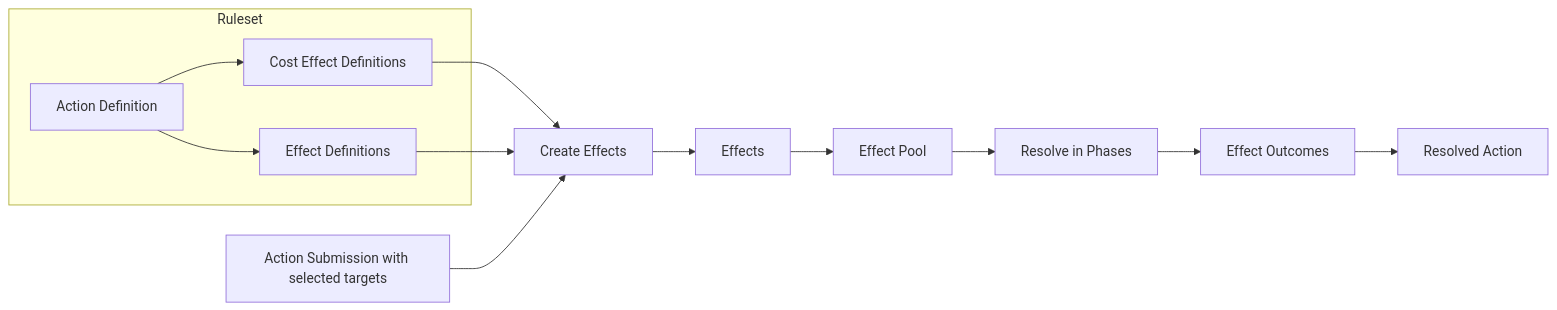
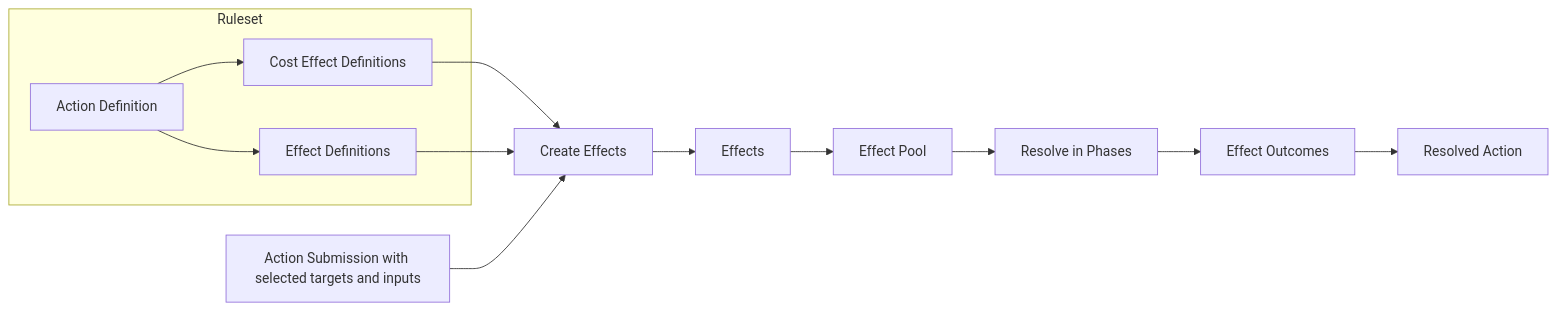
One commit to Guillaume-Docquier/text-based-browser-game-1 changed the diagram in docs/architecture/turn-resolution.md. Above: the diagram before and after it, drawn with Mermaid. The commit also changed other lines of this file and 129 other files, not shown here.

````diff
--- a/docs/architecture/turn-resolution.md
+++ b/docs/architecture/turn-resolution.md
@@ -27,11 +27,11 @@
 ```mermaid
 flowchart LR
   subgraph Ruleset
     AD[Action Definition] --> C[Cost Effect Definitions]
     AD --> D[Effect Definitions]
   end
   C --> Create[Create Effects]
   D --> Create
-  S[Action Submission with selected targets] --> Create
+  S[Action Submission with selected targets and inputs] --> Create
   Create --> E[Effects] --> P[Effect Pool] --> R[Resolve in Phases] --> O[Effect Outcomes] --> A[Resolved Action]
 ```
````
